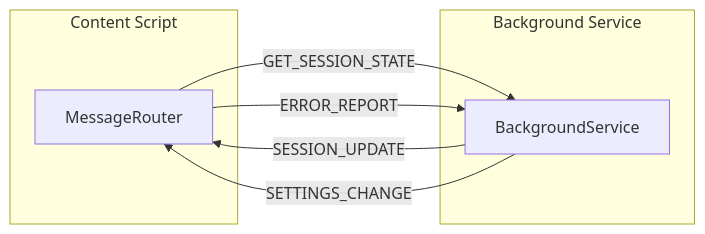
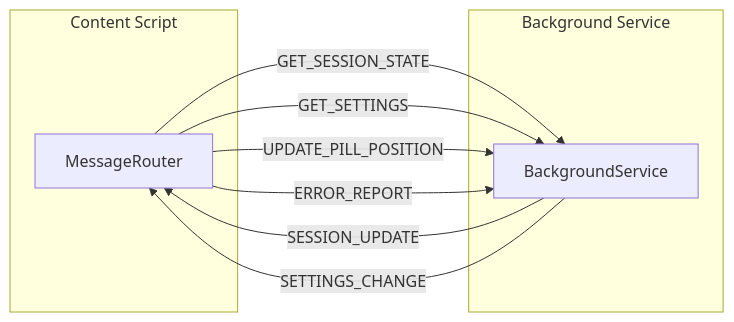
One commit to JayDosunmu/web-time-tracker changed the second of 2 diagrams in docs/architecture-components.md. Above: the diagram before and after it, drawn with Mermaid. The commit also changed other lines of this file and 8 other files, not shown here.

Commit message:
fix: moving the timer pill adjusts the position for all tabs (stored as persistent setting)

````diff
--- a/docs/architecture-components.md
+++ b/docs/architecture-components.md
@@ -107,15 +109,17 @@
 ```mermaid
 graph LR
     subgraph Content["Content Script"]
         MR["MessageRouter"]
     end
 
     subgraph Background["Background Service"]
         BS["BackgroundService"]
     end
 
     MR -->|"GET_SESSION_STATE"| BS
+    MR -->|"GET_SETTINGS"| BS
+    MR -->|"UPDATE_PILL_POSITION"| BS
     MR -->|"ERROR_REPORT"| BS
     BS -->|"SESSION_UPDATE"| MR
     BS -->|"SETTINGS_CHANGE"| MR
 ```
````
